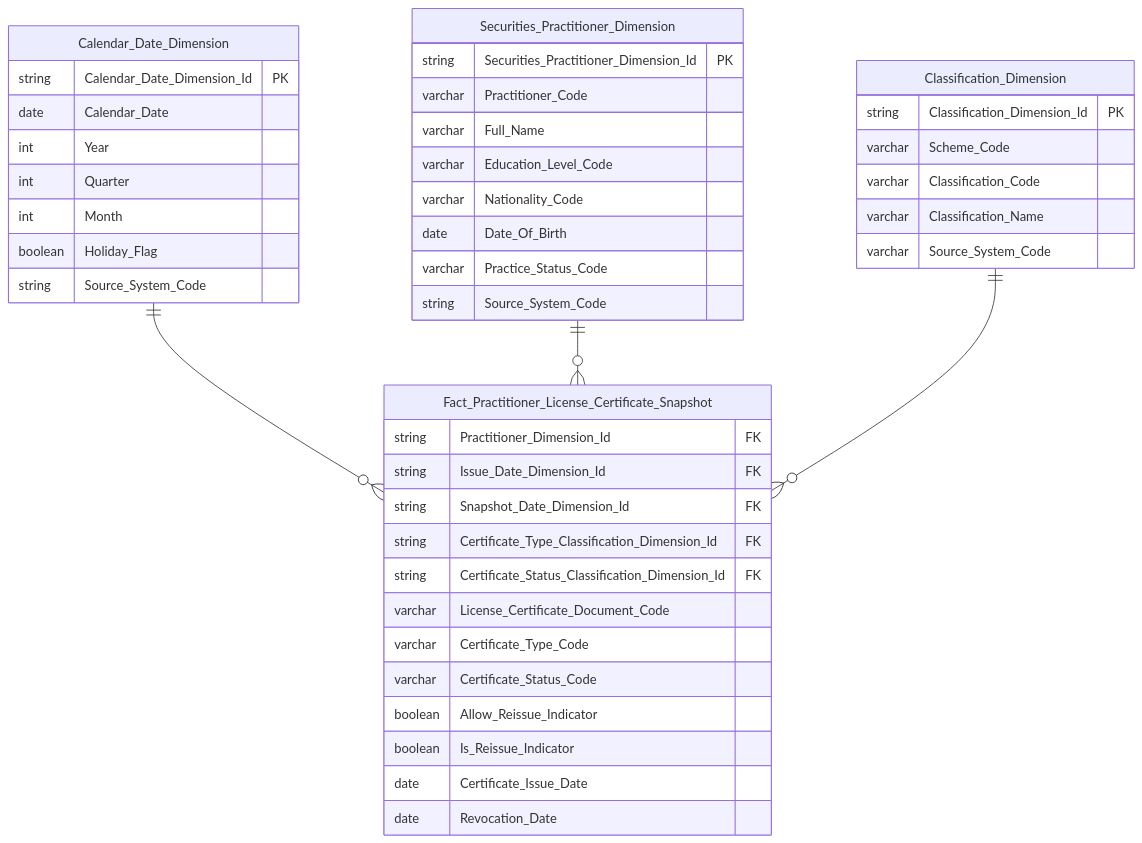
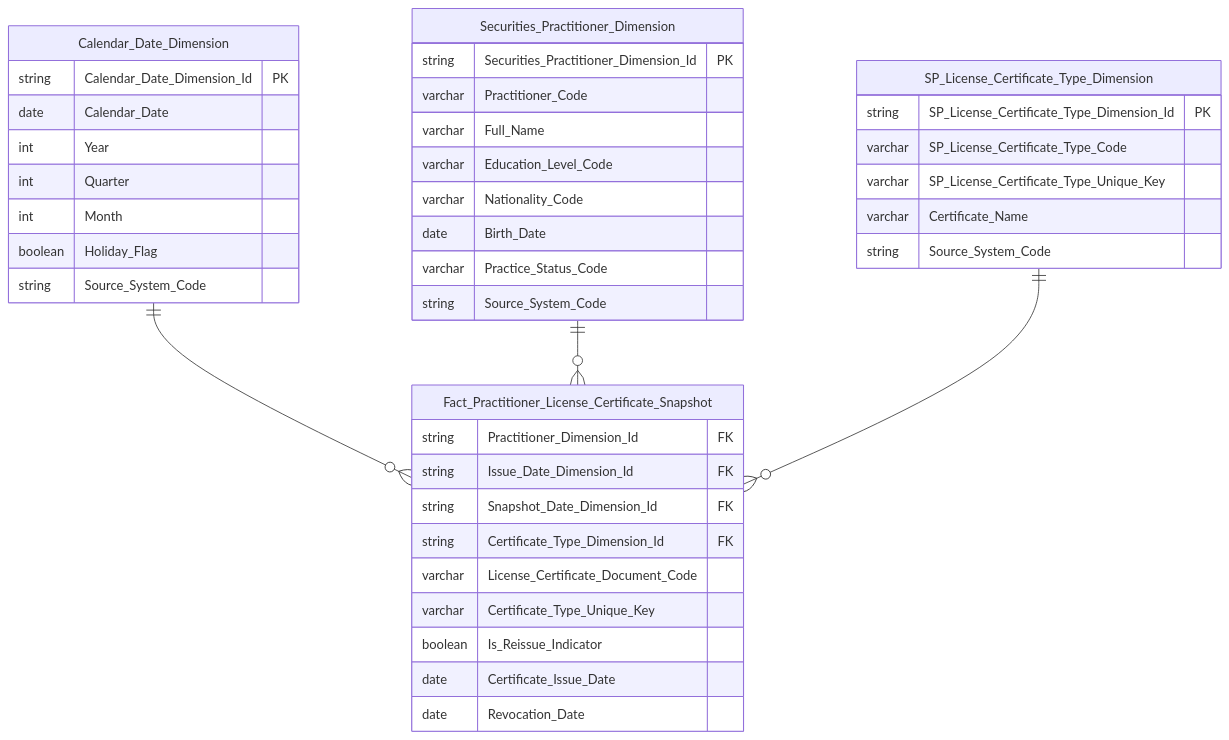
Diagram 12 of 40 in Datamart/hld/DTM_NHNCK_HLD.md (linhlvit/ubck_atomic_design), drawn with Mermaid before and after one commit. The commit also changed other lines of this file and 37 other files, not shown here.

````diff
--- a/Datamart/hld/DTM_NHNCK_HLD.md
+++ b/Datamart/hld/DTM_NHNCK_HLD.md
@@ -422,50 +423,47 @@
 ```mermaid
 erDiagram
     Calendar_Date_Dimension ||--o{ Fact_Practitioner_License_Certificate_Snapshot : " "
     Securities_Practitioner_Dimension ||--o{ Fact_Practitioner_License_Certificate_Snapshot : " "
-    Classification_Dimension ||--o{ Fact_Practitioner_License_Certificate_Snapshot : " "
+    SP_License_Certificate_Type_Dimension ||--o{ Fact_Practitioner_License_Certificate_Snapshot : " "
 
     Fact_Practitioner_License_Certificate_Snapshot {
         string Practitioner_Dimension_Id FK
         string Issue_Date_Dimension_Id FK
         string Snapshot_Date_Dimension_Id FK
-        string Certificate_Type_Classification_Dimension_Id FK
-        string Certificate_Status_Classification_Dimension_Id FK
+        string Certificate_Type_Dimension_Id FK
         varchar License_Certificate_Document_Code
-        varchar Certificate_Type_Code
-        varchar Certificate_Status_Code
-        boolean Allow_Reissue_Indicator
+        varchar Certificate_Type_Unique_Key
         boolean Is_Reissue_Indicator
         date Certificate_Issue_Date
         date Revocation_Date
     }
 
     Calendar_Date_Dimension {
         string Calendar_Date_Dimension_Id PK
         date Calendar_Date
         int Year
         int Quarter
         int Month
         boolean Holiday_Flag
         string Source_System_Code
     }
 
     Securities_Practitioner_Dimension {
         string Securities_Practitioner_Dimension_Id PK
         varchar Practitioner_Code
         varchar Full_Name
         varchar Education_Level_Code
         varchar Nationality_Code
-        date Date_Of_Birth
+        date Birth_Date
         varchar Practice_Status_Code
         string Source_System_Code
     }
 
-    Classification_Dimension {
-        string Classification_Dimension_Id PK
-        varchar Scheme_Code
-        varchar Classification_Code
-        varchar Classification_Name
-        varchar Source_System_Code
+    SP_License_Certificate_Type_Dimension {
+        string SP_License_Certificate_Type_Dimension_Id PK
+        varchar SP_License_Certificate_Type_Code
+        varchar SP_License_Certificate_Type_Unique_Key
+        varchar Certificate_Name
+        string Source_System_Code
     }
 ```
````
